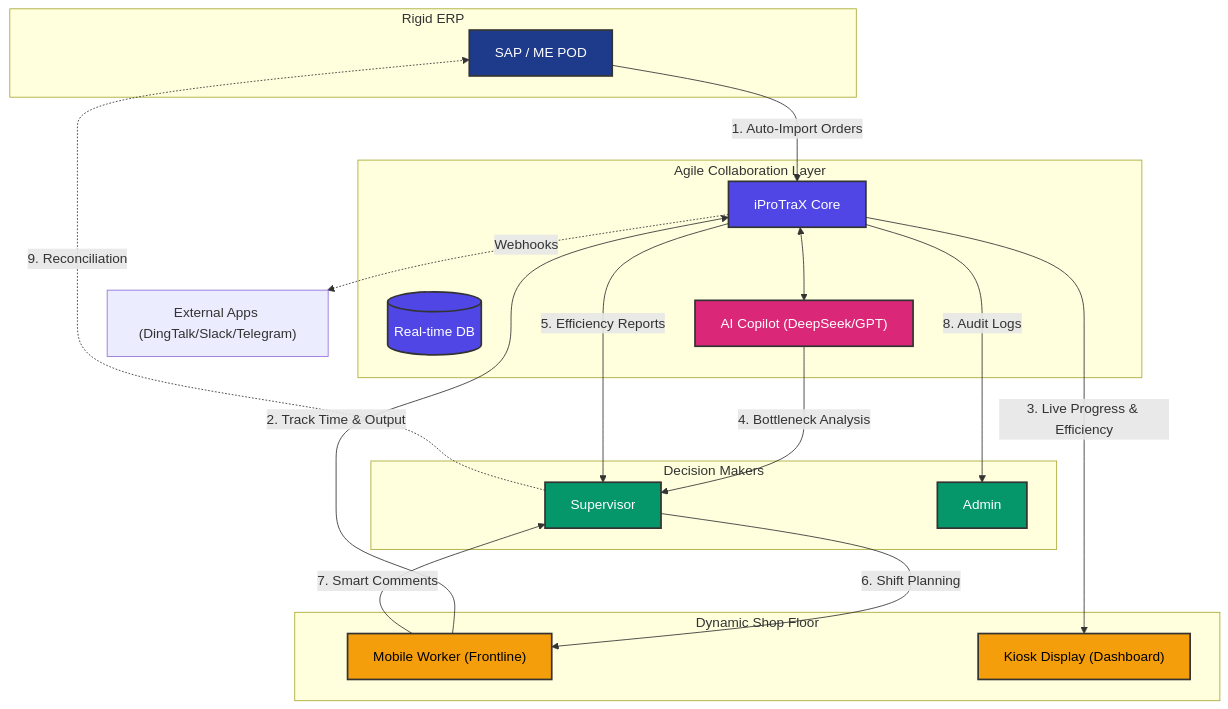
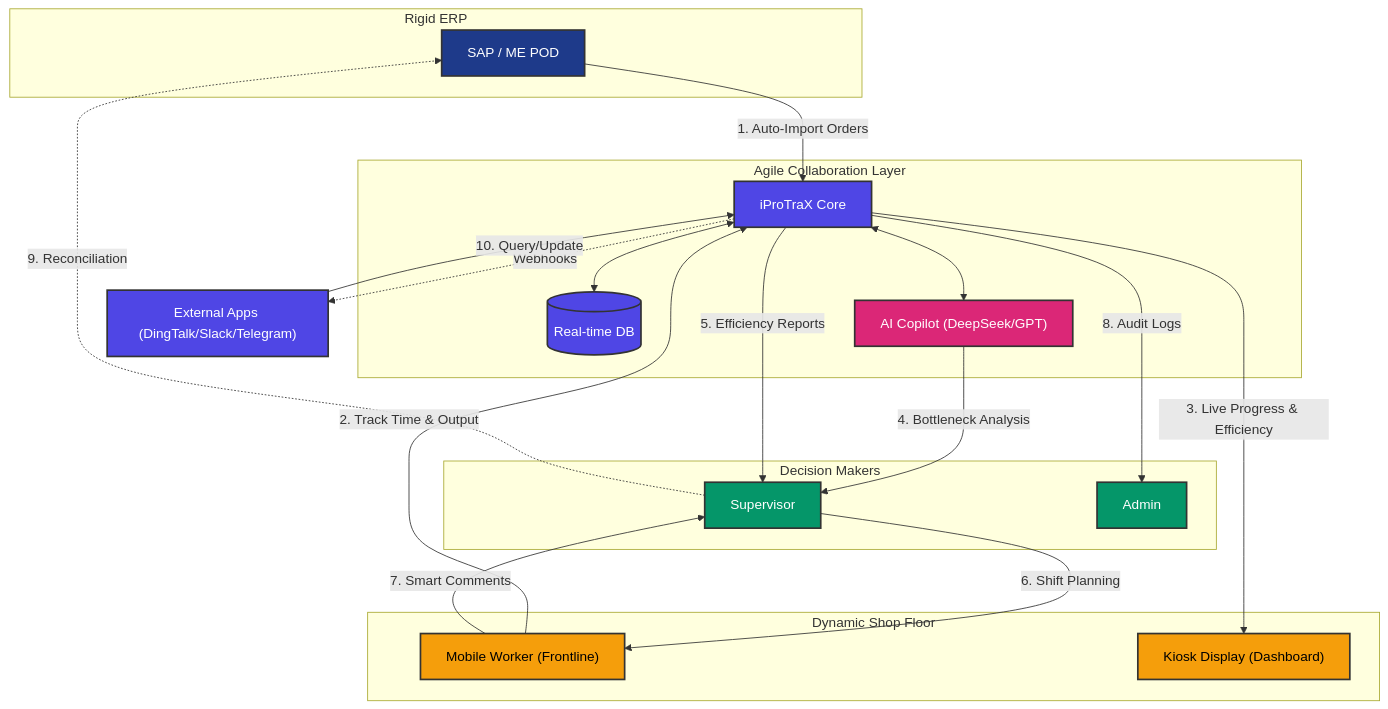
The first of 2 diagrams in README.md (Tropical8818/iProTraX), drawn with Mermaid before and after one commit. The commit also changed other lines of this file and 14 other files, not shown here.

````diff
--- a/README.md
+++ b/README.md
@@ -31,45 +31,48 @@
 ```mermaid
 flowchart TB
  subgraph RigidERP["Rigid ERP"]
         SAP["SAP / ME POD"]
   end
  subgraph DynamicShop["Dynamic Shop Floor"]
         Worker["Mobile Worker (Frontline)"]
         Kiosk["Kiosk Display (Dashboard)"]
   end
  subgraph AgileCore["Agile Collaboration Layer"]
         App["iProTraX Core"]
         DB[("Real-time DB")]
         AI["AI Copilot (DeepSeek/GPT)"]
   end
  subgraph DecisionMakers["Decision Makers"]
         Supervisor["Supervisor"]
         Admin["Admin"]
   end
     SAP -- "1. Auto-Import Orders" --> App
     Worker -- "2. Track Time & Output" --> App
     App -- "3. Live Progress & Efficiency" --> Kiosk
+    App <--> DB
     App <--> AI
     AI -- "4. Bottleneck Analysis" --> Supervisor
     App -- "5. Efficiency Reports" --> Supervisor
     App -.->|Webhooks| ExternalApps["External Apps (DingTalk/Slack/Telegram)"]
     Supervisor -- "6. Shift Planning" --> Worker
     Worker -- "7. Smart Comments" --> Supervisor
     App -- "8. Audit Logs" --> Admin
     Supervisor -. "9. Reconciliation" .-> SAP
-
+    ExternalApps -- "10. Query/Update" --> App
+    
      SAP:::sap
      Worker:::shop
      Kiosk:::shop
      App:::core
      DB:::core
      AI:::ai
      Supervisor:::manage
      Admin:::manage
+     ExternalApps:::core
      
     classDef sap fill:#1e3a8a,stroke:#333,stroke-width:2px,color:white
     classDef core fill:#4f46e5,stroke:#333,stroke-width:2px,color:white
     classDef shop fill:#f59e0b,stroke:#333,stroke-width:2px,color:black
     classDef manage fill:#059669,stroke:#333,stroke-width:2px,color:white
     classDef ai fill:#db2777,stroke:#333,stroke-width:2px,color:white
 ```
````
